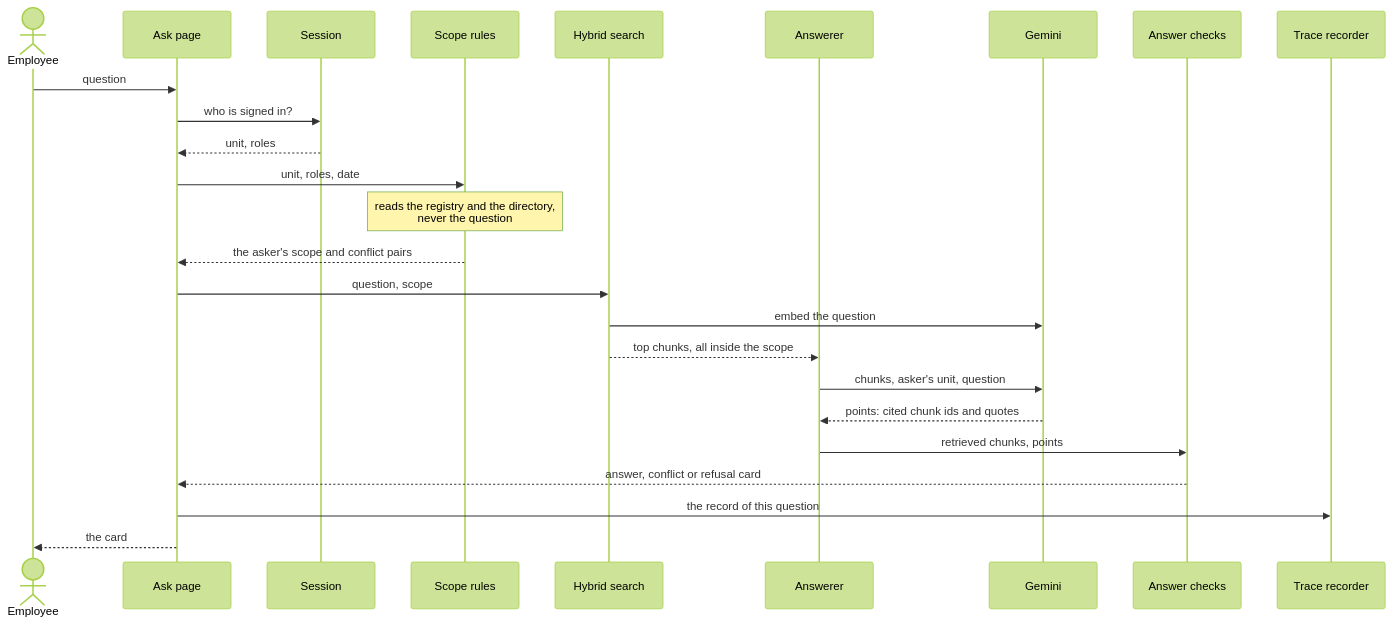
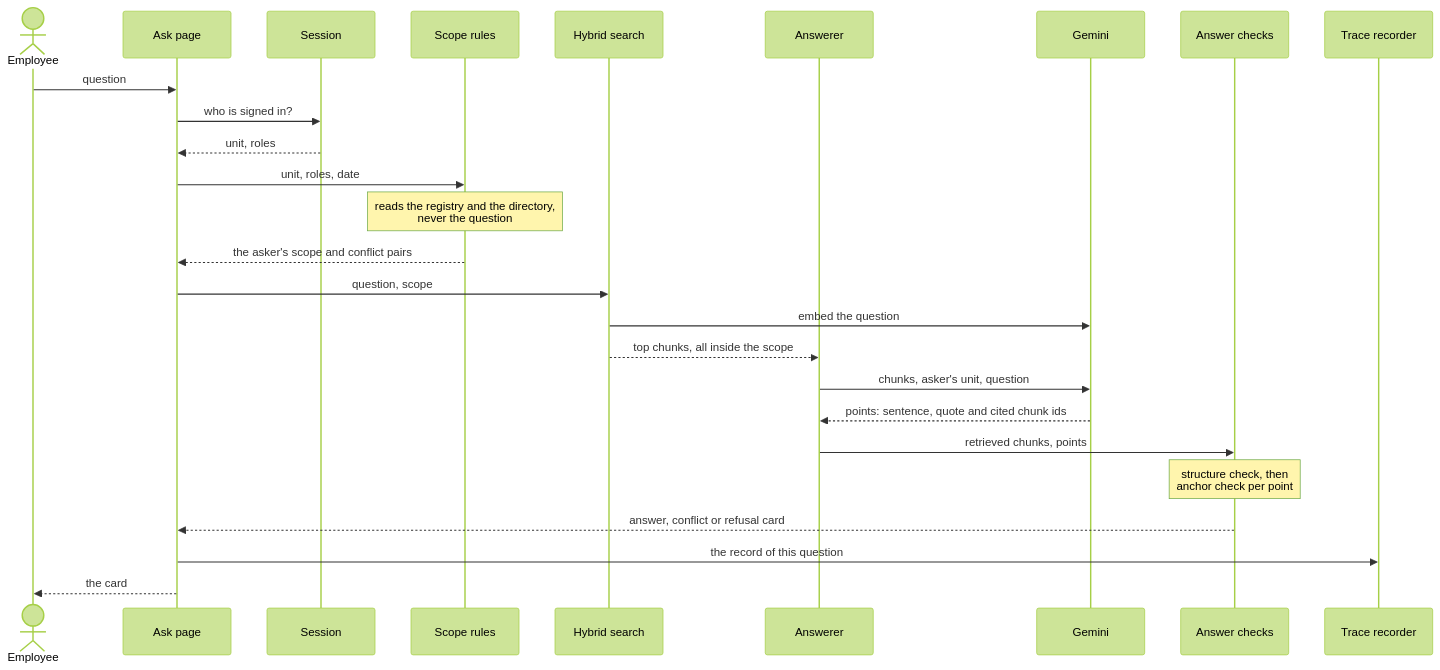
Before and after one commit to Park-Hip/next-gen-2026: the fourth of 7 diagrams in docs/system_design.md, drawn with Mermaid (forest theme). The commit also changed other lines of this file, not shown here.

Commit message:
System design: the answer card shows the model's sentence above its verified quote, checked by rules (SD14)

````diff
--- a/docs/system_design.md
+++ b/docs/system_design.md
@@ -249,28 +252,29 @@
 ```mermaid
 sequenceDiagram
     actor E as Employee
     participant P as Ask page
     participant S as Session
     participant R as Scope rules
     participant H as Hybrid search
     participant A as Answerer
     participant G as Gemini
     participant C as Answer checks
     participant T as Trace recorder
 
     E->>P: question
     P->>S: who is signed in?
     S-->>P: unit, roles
     P->>R: unit, roles, date
     Note over R: reads the registry and the directory,<br/>never the question
     R-->>P: the asker's scope and conflict pairs
     P->>H: question, scope
     H->>G: embed the question
     H-->>A: top chunks, all inside the scope
     A->>G: chunks, asker's unit, question
-    G-->>A: points: cited chunk ids and quotes
+    G-->>A: points: sentence, quote and cited chunk ids
     A->>C: retrieved chunks, points
+    Note over C: structure check, then<br/>anchor check per point
     C-->>P: answer, conflict or refusal card
     P->>T: the record of this question
     P-->>E: the card
 ```
````
